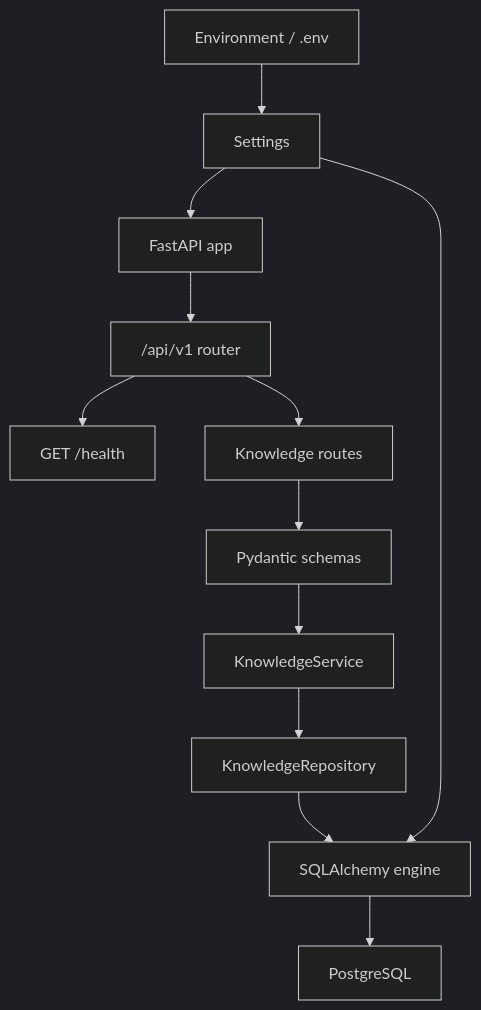
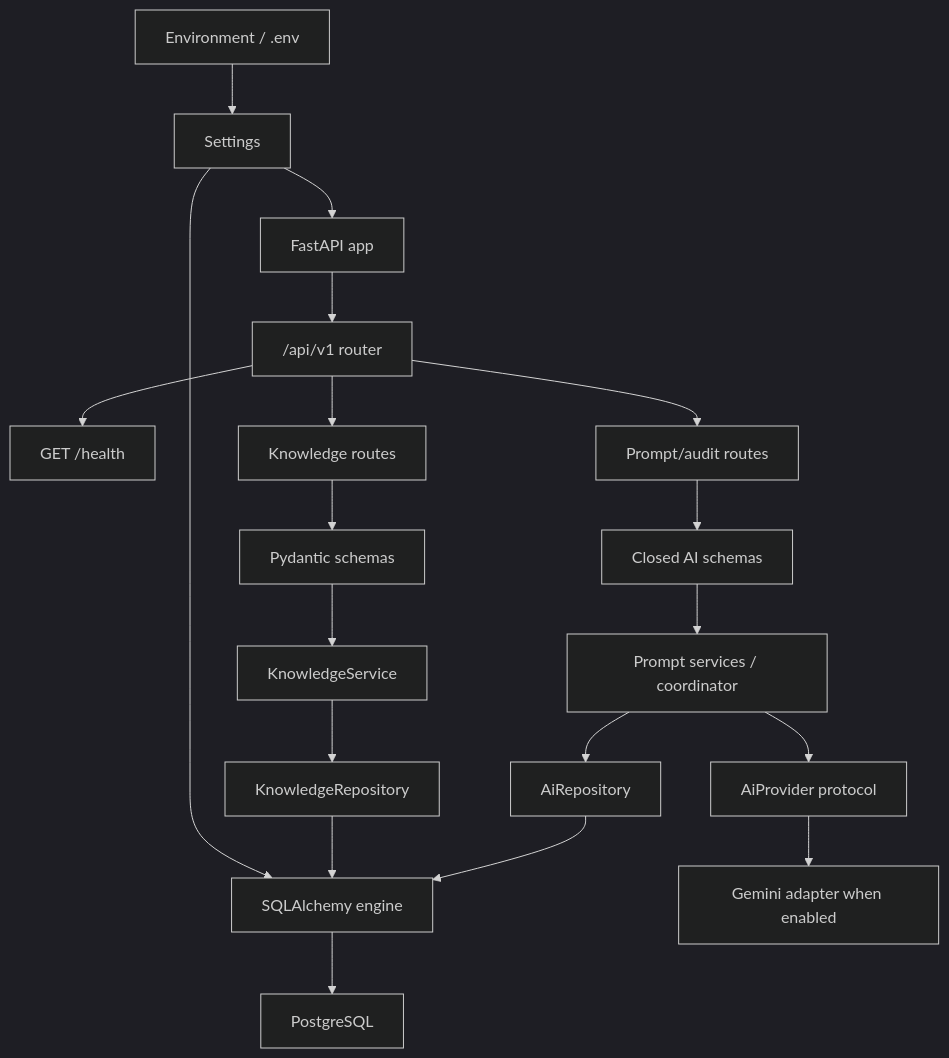
Before and after one commit to Dyuti60/assam-exam-ai: the second of 4 diagrams in docs/architecture.md, drawn with Mermaid (dark theme). The commit also changed other lines of this file and 20 other files, not shown here.

````diff
--- a/docs/architecture.md
+++ b/docs/architecture.md
@@ -51,14 +57,21 @@
 ```mermaid
 flowchart TD
     ENV["Environment / .env"] --> SETTINGS["Settings"]
     SETTINGS --> APP["FastAPI app"]
     SETTINGS --> ENGINE["SQLAlchemy engine"]
     APP --> ROUTER["/api/v1 router"]
     ROUTER --> HEALTH["GET /health"]
     ROUTER --> KNOWLEDGE["Knowledge routes"]
+    ROUTER --> AIAPI["Prompt/audit routes"]
     KNOWLEDGE --> SCHEMAS["Pydantic schemas"]
     SCHEMAS --> SERVICE["KnowledgeService"]
     SERVICE --> REPOSITORY["KnowledgeRepository"]
     REPOSITORY --> ENGINE
+    AIAPI --> AISCHEMAS["Closed AI schemas"]
+    AISCHEMAS --> AICOORDINATOR["Prompt services / coordinator"]
+    AICOORDINATOR --> AIREPOSITORY["AiRepository"]
+    AICOORDINATOR --> PROVIDER["AiProvider protocol"]
+    PROVIDER --> GEMINI["Gemini adapter when enabled"]
+    AIREPOSITORY --> ENGINE
     ENGINE --> PG["PostgreSQL"]
 ```
````
